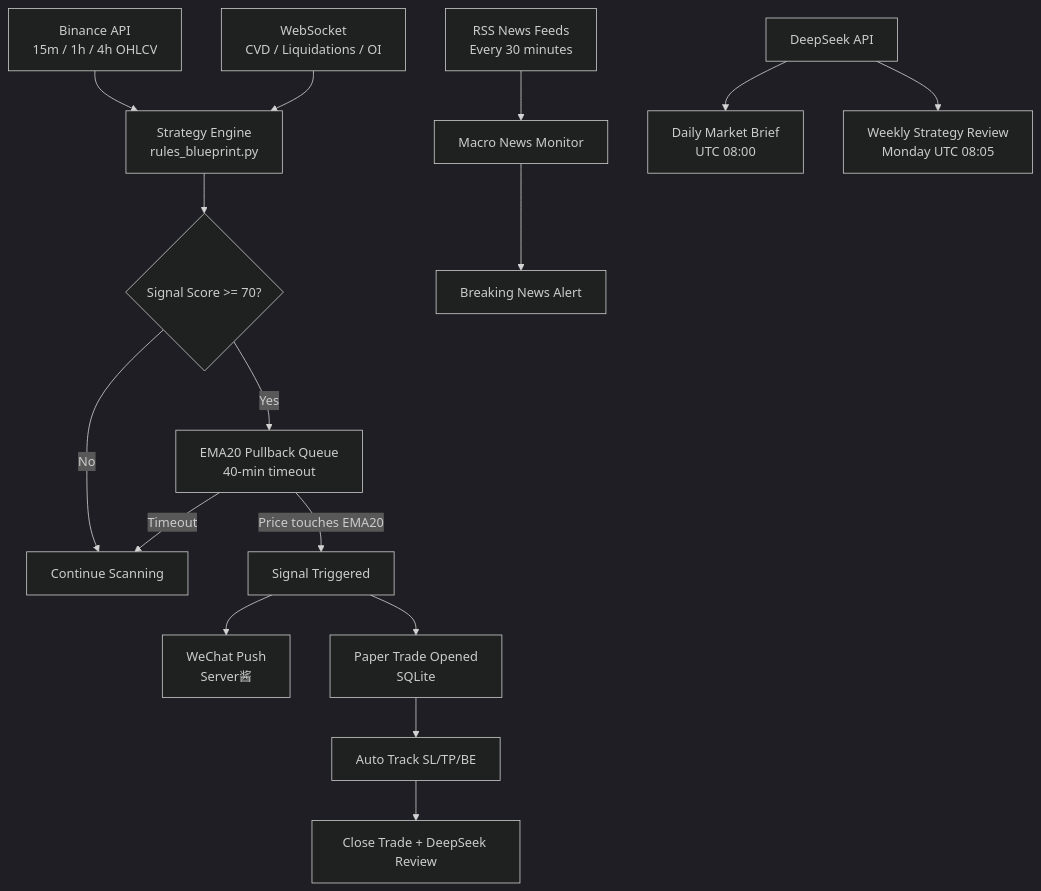
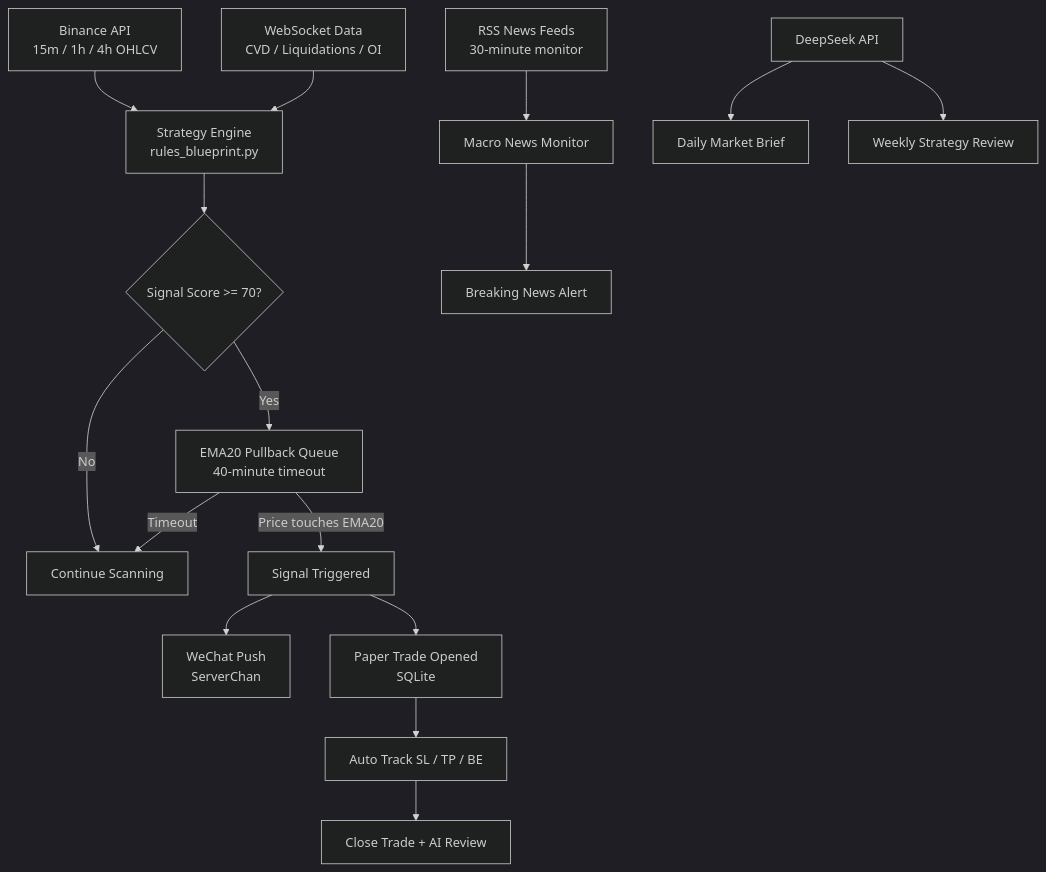
One commit to kevin6667890/crypto-bot changed the diagram in README.md. Above: the diagram before and after it, drawn with Mermaid (dark theme). The commit also changed other lines of this file and 17 other files, not shown here.

````diff
--- a/README.md
+++ b/README.md
@@ -52,18 +74,18 @@
 ```mermaid
 graph TD
     A[Binance API<br/>15m / 1h / 4h OHLCV] --> D[Strategy Engine<br/>rules_blueprint.py]
-    B[WebSocket<br/>CVD / Liquidations / OI] --> D
-    C[RSS News Feeds<br/>Every 30 minutes] --> E[Macro News Monitor]
+    B[WebSocket Data<br/>CVD / Liquidations / OI] --> D
+    C[RSS News Feeds<br/>30-minute monitor] --> E[Macro News Monitor]
     D --> F{Signal Score >= 70?}
     F -->|No| G[Continue Scanning]
-    F -->|Yes| H[EMA20 Pullback Queue<br/>40-min timeout]
+    F -->|Yes| H[EMA20 Pullback Queue<br/>40-minute timeout]
     H -->|Price touches EMA20| I[Signal Triggered]
     H -->|Timeout| G
-    I --> J[WeChat Push<br/>Server酱]
+    I --> J[WeChat Push<br/>ServerChan]
     I --> K[Paper Trade Opened<br/>SQLite]
-    K --> L[Auto Track SL/TP/BE]
-    L --> M[Close Trade + DeepSeek Review]
-    N[DeepSeek API] --> O[Daily Market Brief<br/>UTC 08:00]
-    N --> P[Weekly Strategy Review<br/>Monday UTC 08:05]
+    K --> L[Auto Track SL / TP / BE]
+    L --> M[Close Trade + AI Review]
+    N[DeepSeek API] --> O[Daily Market Brief]
+    N --> P[Weekly Strategy Review]
     E --> Q[Breaking News Alert]
 ```
````
